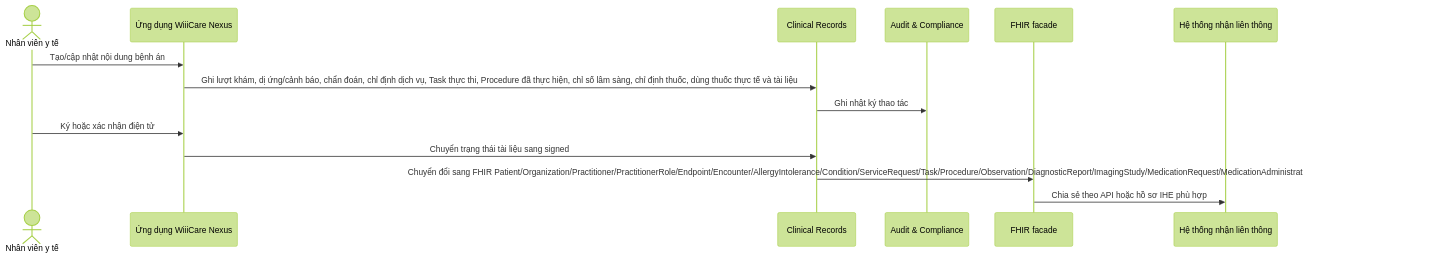
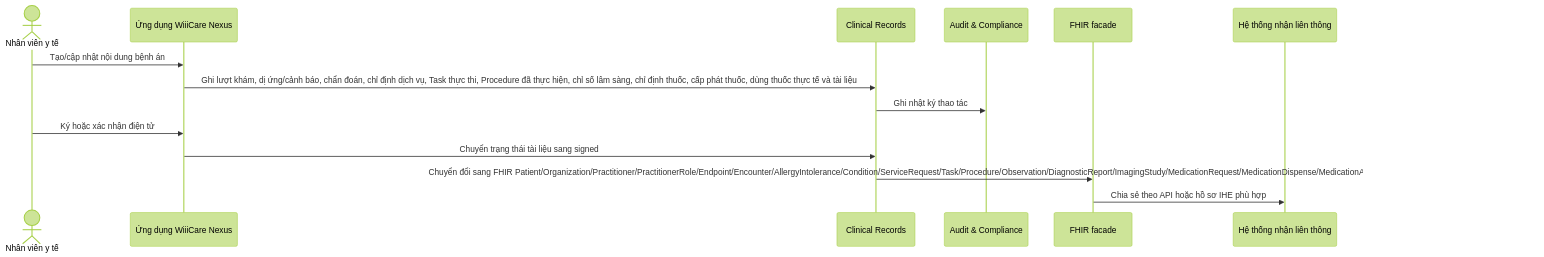
The second of 2 diagrams in docs/ARCHITECTURE.md (meiiie/benh_vien), drawn with Mermaid (forest theme) before and after one commit. The commit also changed other lines of this file and 35 other files, not shown here.

Commit message:
feat: add medication dispense workflow

````diff
--- a/docs/ARCHITECTURE.md
+++ b/docs/ARCHITECTURE.md
@@ -61,17 +61,17 @@
 ```mermaid
 sequenceDiagram
   actor User as Nhân viên y tế
   participant App as Ứng dụng WiiiCare Nexus
   participant EMR as Clinical Records
   participant Audit as Audit & Compliance
   participant FHIR as FHIR facade
   participant Partner as Hệ thống nhận liên thông
 
   User->>App: Tạo/cập nhật nội dung bệnh án
-  App->>EMR: Ghi lượt khám, dị ứng/cảnh báo, chẩn đoán, chỉ định dịch vụ, Task thực thi, Procedure đã thực hiện, chỉ số lâm sàng, chỉ định thuốc, dùng thuốc thực tế và tài liệu
+  App->>EMR: Ghi lượt khám, dị ứng/cảnh báo, chẩn đoán, chỉ định dịch vụ, Task thực thi, Procedure đã thực hiện, chỉ số lâm sàng, chỉ định thuốc, cấp phát thuốc, dùng thuốc thực tế và tài liệu
   EMR->>Audit: Ghi nhật ký thao tác
   User->>App: Ký hoặc xác nhận điện tử
   App->>EMR: Chuyển trạng thái tài liệu sang signed
-  EMR->>FHIR: Chuyển đổi sang FHIR Patient/Organization/Practitioner/PractitionerRole/Endpoint/Encounter/AllergyIntolerance/Condition/ServiceRequest/Task/Procedure/Observation/DiagnosticReport/ImagingStudy/MedicationRequest/MedicationAdministration/DocumentReference/Composition
+  EMR->>FHIR: Chuyển đổi sang FHIR Patient/Organization/Practitioner/PractitionerRole/Endpoint/Encounter/AllergyIntolerance/Condition/ServiceRequest/Task/Procedure/Observation/DiagnosticReport/ImagingStudy/MedicationRequest/MedicationDispense/MedicationAdministration/DocumentReference/Composition
   FHIR->>Partner: Chia sẻ theo API hoặc hồ sơ IHE phù hợp
 ```
````
